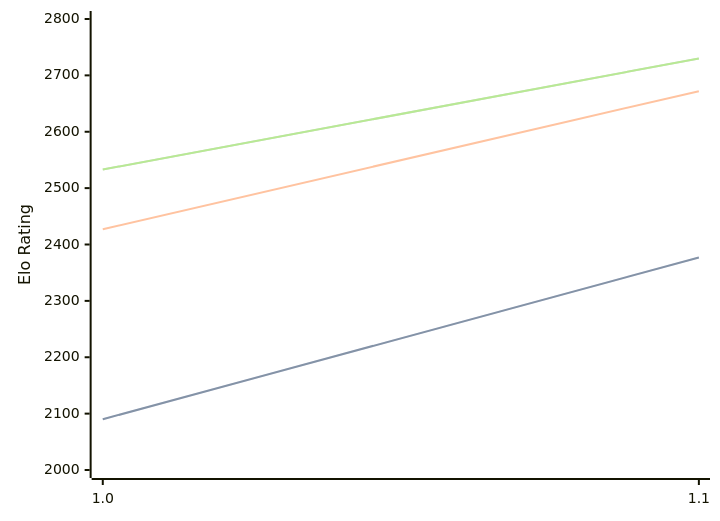
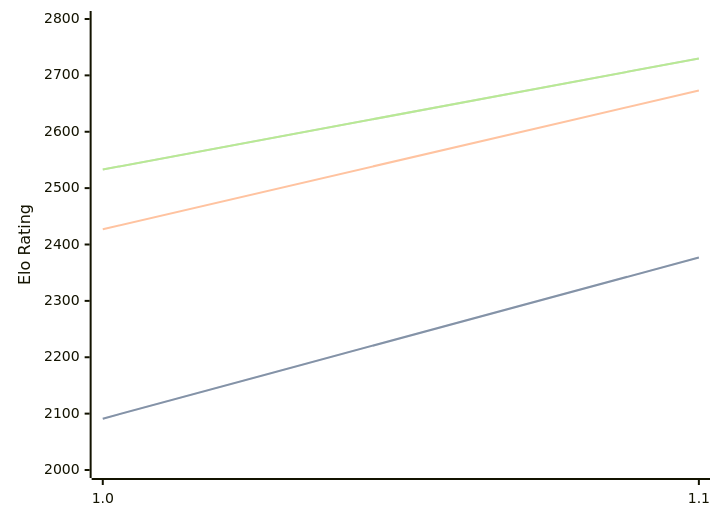
One commit to computer-chess-index/cci changed the diagram in engines/Erinn.md. Above: the diagram before and after it, drawn with Mermaid. The commit also changed other lines of this file, not shown here.

````diff
--- a/engines/Erinn.md
+++ b/engines/Erinn.md
@@ -32,11 +32,11 @@
 ```mermaid
 %%{init: {"theme":"base","themeVariables":{"seriesColors:['#a3a3a3','#222221','#faa371']}}}%%
 xychart-beta
   x-axis ["1.0", "1.1"]
   y-axis "Elo Rating" 2000 --> 2800
-  line "" [2090, 2377]
-  line "STC (8.0+0.08s)" [2090, 2377]
-  line "LTC (60.0+0.60s)" [2427, 2672]
+  line "" [2091, 2377]
+  line "STC (8.0+0.08s)" [2091, 2377]
+  line "LTC (60.0+0.60s)" [2427, 2673]
   line "" [2533, 2730]
   line "VLTC (2m24s+1.12s)" [2533, 2730]
 ```
````
